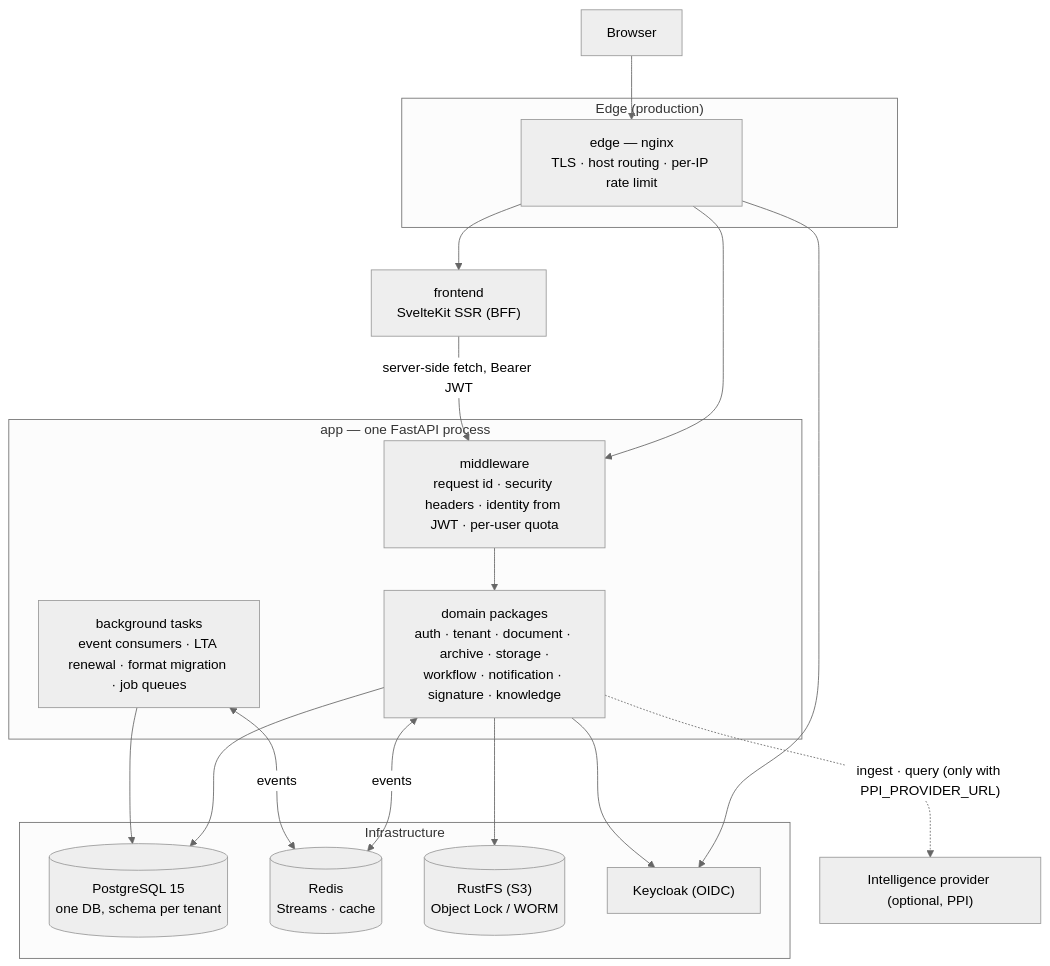
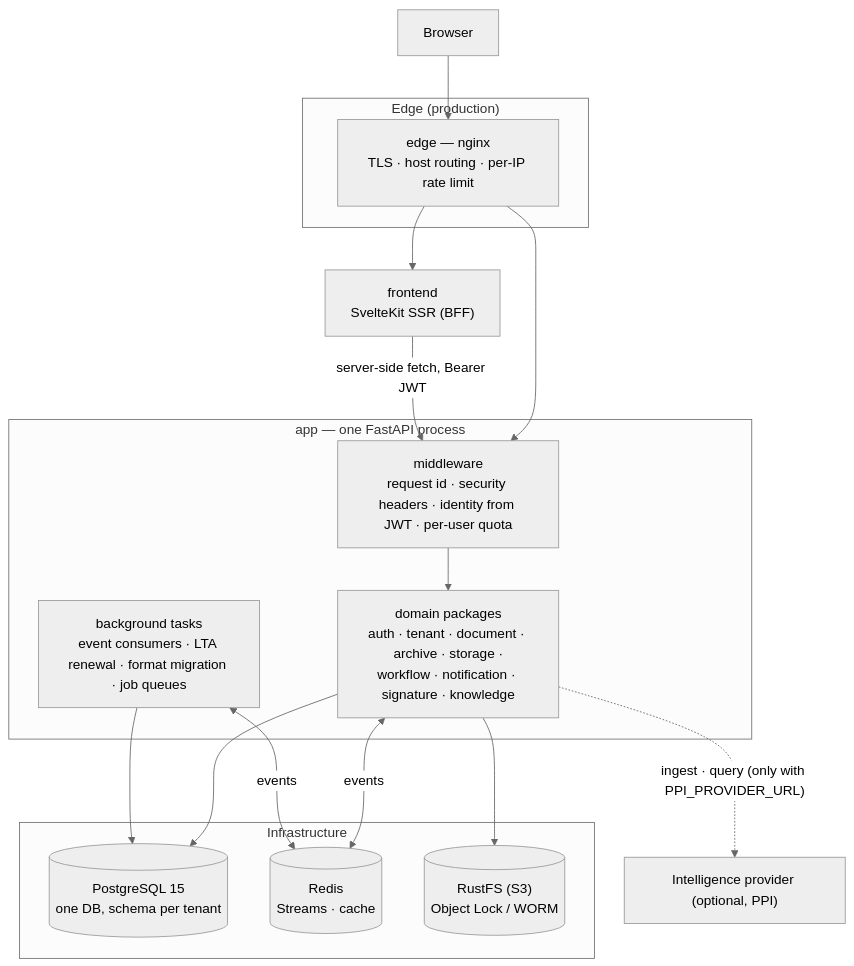
The first of 5 diagrams in ARCHITECTURE.md (camilo1rp/docuboto), drawn with Mermaid (neutral theme) before and after one commit. The commit also changed other lines of this file and 17 other files, not shown here.

````diff
--- a/ARCHITECTURE.md
+++ b/ARCHITECTURE.md
@@ -27,35 +26,32 @@
 ```mermaid
 graph TB
     Browser["Browser"]
     PPI["Intelligence provider (optional, PPI)"]
 
     subgraph edge["Edge (production)"]
         NGINX["edge — nginx<br/>TLS · host routing · per-IP rate limit"]
     end
 
     FE["frontend<br/>SvelteKit SSR (BFF)"]
 
     subgraph app["app — one FastAPI process"]
         MW["middleware<br/>request id · security headers · identity from JWT · per-user quota"]
         DOM["domain packages<br/>auth · tenant · document · archive · storage ·<br/>workflow · notification · signature · knowledge"]
         BG["background tasks<br/>event consumers · LTA renewal · format migration · job queues"]
         MW --> DOM
     end
 
     subgraph infra["Infrastructure"]
         PG[("PostgreSQL 15<br/>one DB, schema per tenant")]
         RD[("Redis<br/>Streams · cache")]
         S3[("RustFS (S3)<br/>Object Lock / WORM")]
-        KC["Keycloak (OIDC)"]
     end
 
     Browser --> NGINX --> FE
     NGINX --> MW
-    NGINX --> KC
     FE -->|server-side fetch, Bearer JWT| MW
     DOM -.->|"ingest · query (only with PPI_PROVIDER_URL)"| PPI
     DOM & BG <-->|events| RD
     DOM & BG --> PG
     DOM --> S3
-    DOM --> KC
 ```
````
